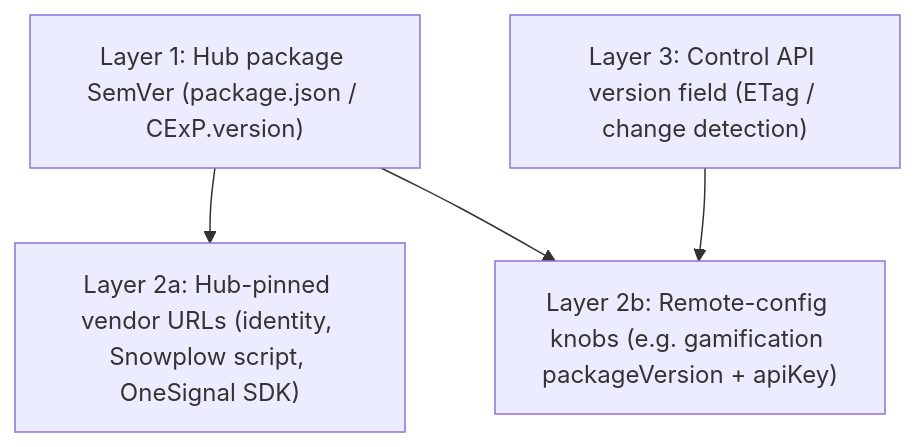
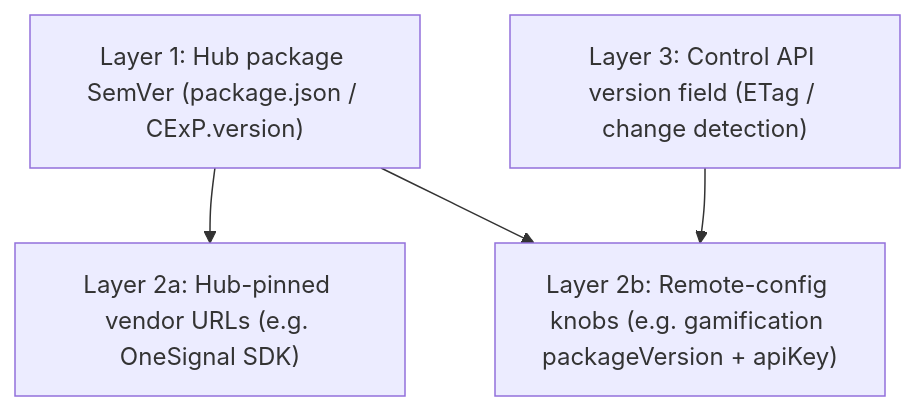
Before and after one commit to CExP-dev/cexp-hub-sdk: the second of 4 diagrams in docs/superpowers/specs/2026-03-30-version-management-design.md, drawn with Mermaid. The commit also changed other lines of this file and 10 other files, not shown here.

````diff
--- a/docs/superpowers/specs/2026-03-30-version-management-design.md
+++ b/docs/superpowers/specs/2026-03-30-version-management-design.md
@@ -73,11 +73,11 @@
 ```mermaid
 flowchart TB
   L1["Layer 1: Hub package SemVer (package.json / CExP.version)"]
-  L2a["Layer 2a: Hub-pinned vendor URLs (identity, Snowplow script, OneSignal SDK)"]
+  L2a["Layer 2a: Hub-pinned vendor URLs (e.g. OneSignal SDK)"]
   L2b["Layer 2b: Remote-config knobs (e.g. gamification packageVersion + apiKey)"]
   L3["Layer 3: Control API version field (ETag / change detection)"]
 
   L1 --> L2a
   L1 --> L2b
   L3 --> L2b
 ```
````
